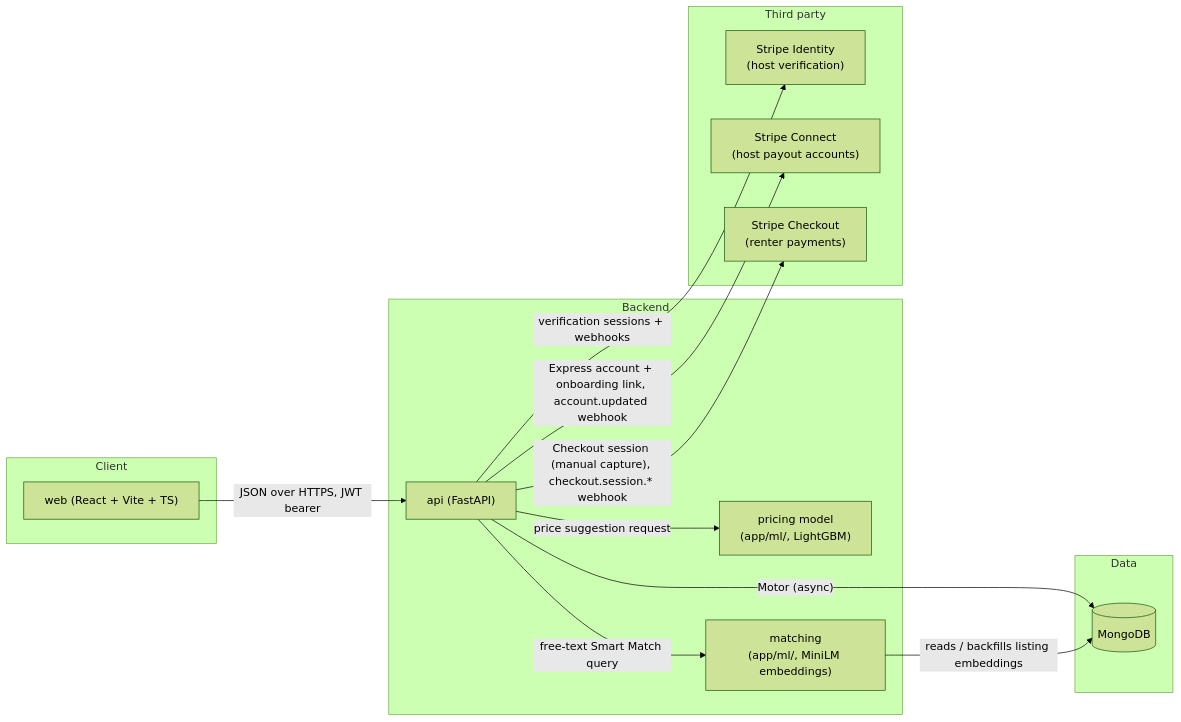
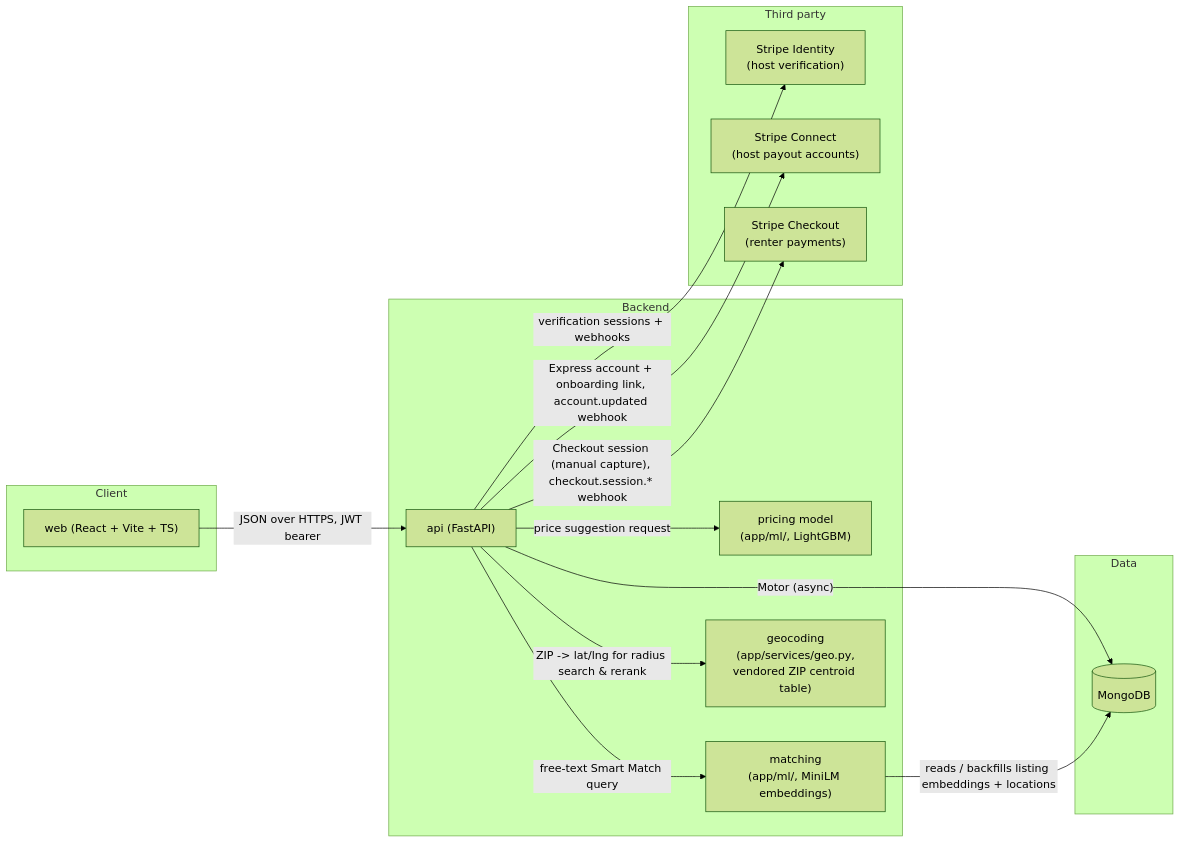
Before and after one commit to iliyanalibhai/spacio: the first of 4 diagrams in docs/DOCUMENTATION.md, drawn with Mermaid (forest theme). The commit also changed other lines of this file, not shown here.

First line of the commit message:
docs: record geographic search and the map (Phase 4)

````diff
--- a/docs/DOCUMENTATION.md
+++ b/docs/DOCUMENTATION.md
@@ -19,31 +19,33 @@
 ```mermaid
 flowchart LR
     subgraph Client
         Web["web (React + Vite + TS)"]
     end
 
     subgraph Backend
         API["api (FastAPI)"]
         Pricing["pricing model<br/>(app/ml/, LightGBM)"]
         Matching["matching<br/>(app/ml/, MiniLM embeddings)"]
+        Geo["geocoding<br/>(app/services/geo.py,<br/>vendored ZIP centroid table)"]
     end
 
     subgraph Data
         Mongo[(MongoDB)]
     end
 
     subgraph ThirdParty["Third party"]
         Stripe["Stripe Identity<br/>(host verification)"]
         StripeConnect["Stripe Connect<br/>(host payout accounts)"]
         StripeCheckout["Stripe Checkout<br/>(renter payments)"]
     end
 
     Web -- "JSON over HTTPS, JWT bearer" --> API
     API -- "Motor (async)" --> Mongo
     API -- "verification sessions + webhooks" --> Stripe
     API -- "Express account + onboarding link, account.updated webhook" --> StripeConnect
     API -- "Checkout session (manual capture), checkout.session.* webhook" --> StripeCheckout
     API -- "price suggestion request" --> Pricing
     API -- "free-text Smart Match query" --> Matching
-    Matching -- "reads / backfills listing embeddings" --> Mongo
+    API -- "ZIP -> lat/lng for radius search & rerank" --> Geo
+    Matching -- "reads / backfills listing embeddings + locations" --> Mongo
 ```
````
